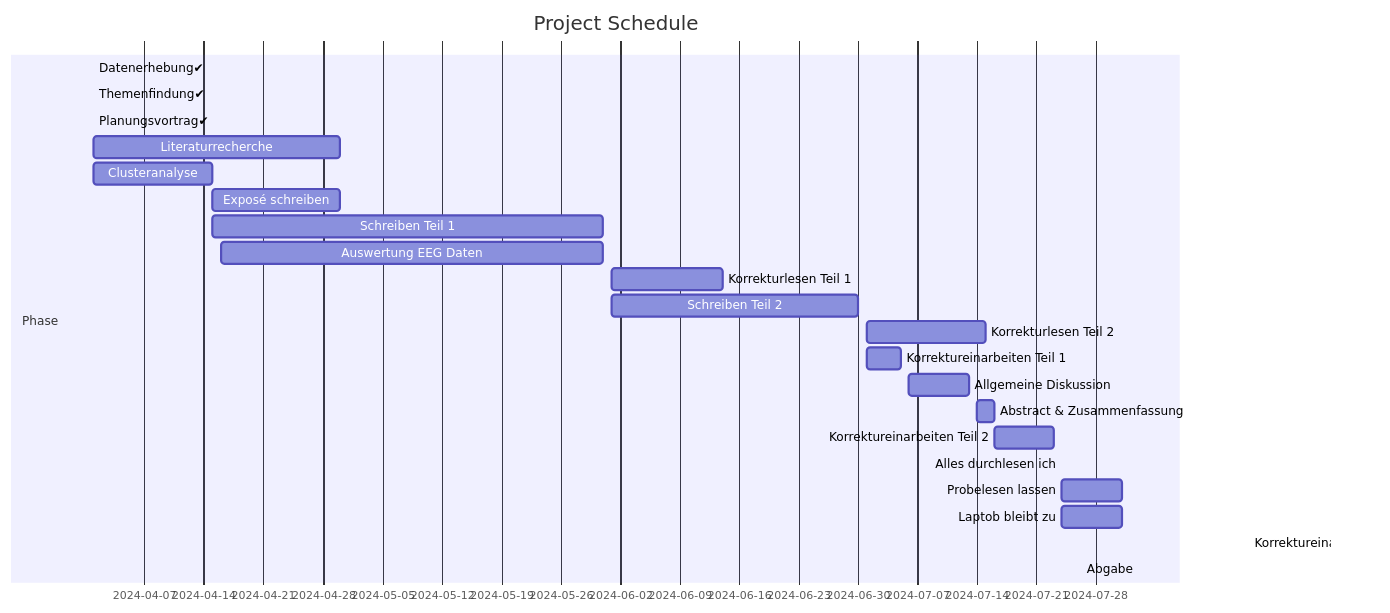
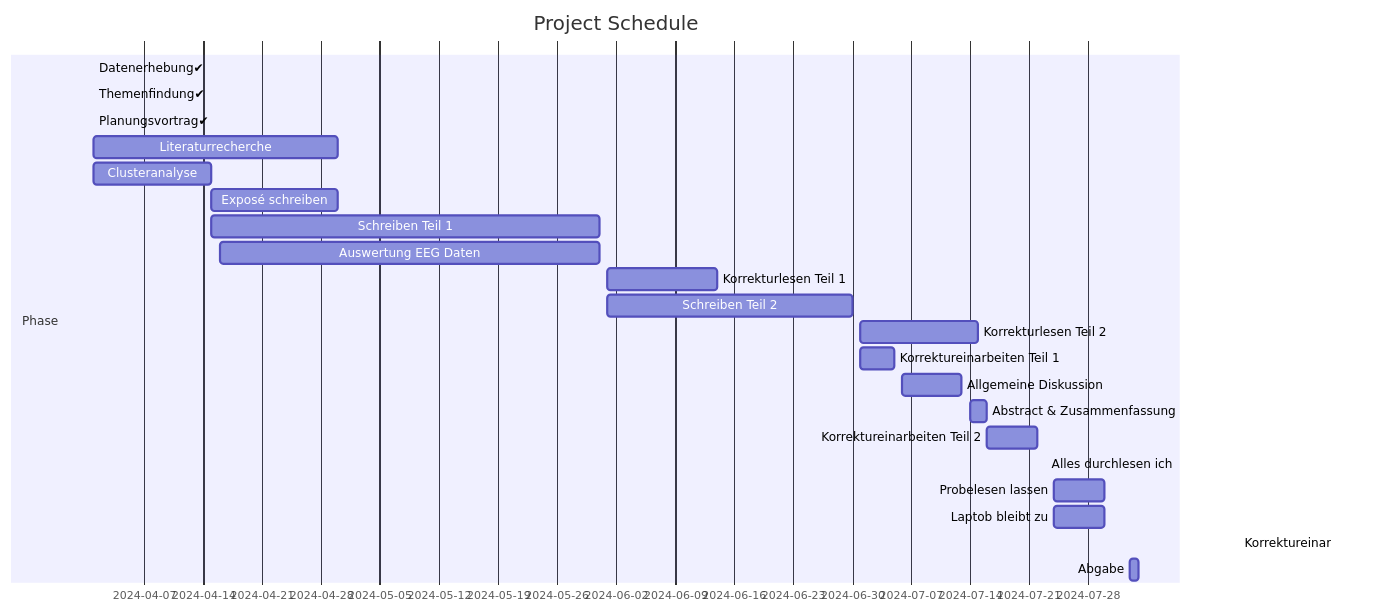
One commit to JankaMarlene/masters_thesis changed the diagram in README.md. Above: the diagram before and after it, drawn with Mermaid.

````diff
--- a/README.md
+++ b/README.md
@@ -8,27 +8,27 @@
 ```mermaid
 gantt
     title Project Schedule
     dateFormat YYYY-MM-DD
 
     section Phase
     Datenerhebung✔            : 2024-04-01, 2024-04-01
     Themenfindung✔            : 2024-04-01, 2024-04-01
     Planungsvortrag✔          : 2024-04-01, 2024-04-01
     Literaturrecherche         : 2024-04-01, 2024-04-30
     Clusteranalyse             : 2024-04-01, 2024-04-15
     Exposé schreiben           : 2024-04-15, 2024-04-30
     Schreiben Teil 1           : 2024-04-15, 2024-05-31
     Auswertung EEG Daten       : 2024-04-16, 2024-05-31
     Korrekturlesen Teil 1      : 2024-06-01, 2024-06-14
     Schreiben Teil 2           : 2024-06-01, 2024-06-30
     Korrekturlesen Teil 2      : 2024-07-01, 2024-07-15
     Korrektureinarbeiten Teil 1 : 2024-07-01, 2024-07-05
     Allgemeine Diskussion      : 2024-07-06, 2024-07-13
     Abstract & Zusammenfassung : 2024-07-14, 2024-07-16
-    Korrektureinarbeiten Teil 2 : 2024-07-16, 2024-07-23
-    Alles durchlesen ich       : 2024-07-24, 2024-07-24
-    Probelesen lassen          : 2024-07-24, 2024-07-31
-    Laptob bleibt zu           : 2024-07-24, 2024-07-31
-    Korrektureinarbeiten       : 2024-08-31, 2024-08-02           
-    Abgabe                     : 2024-08-02, 2024-08-02
+    Korrektureinarbeiten Teil 2 : 2024-07-16, 2024-07-22
+    Alles durchlesen ich       : 2024-07-23, 2024-07-23
+    Probelesen lassen          : 2024-07-24, 2024-07-30
+    Laptob bleibt zu           : 2024-07-24, 2024-07-30
+    Korrektureinarbeiten       : 2024-08-31, 2024-08-01           
+    Abgabe                     : 2024-08-02, 2024-08-03
 ```
````
